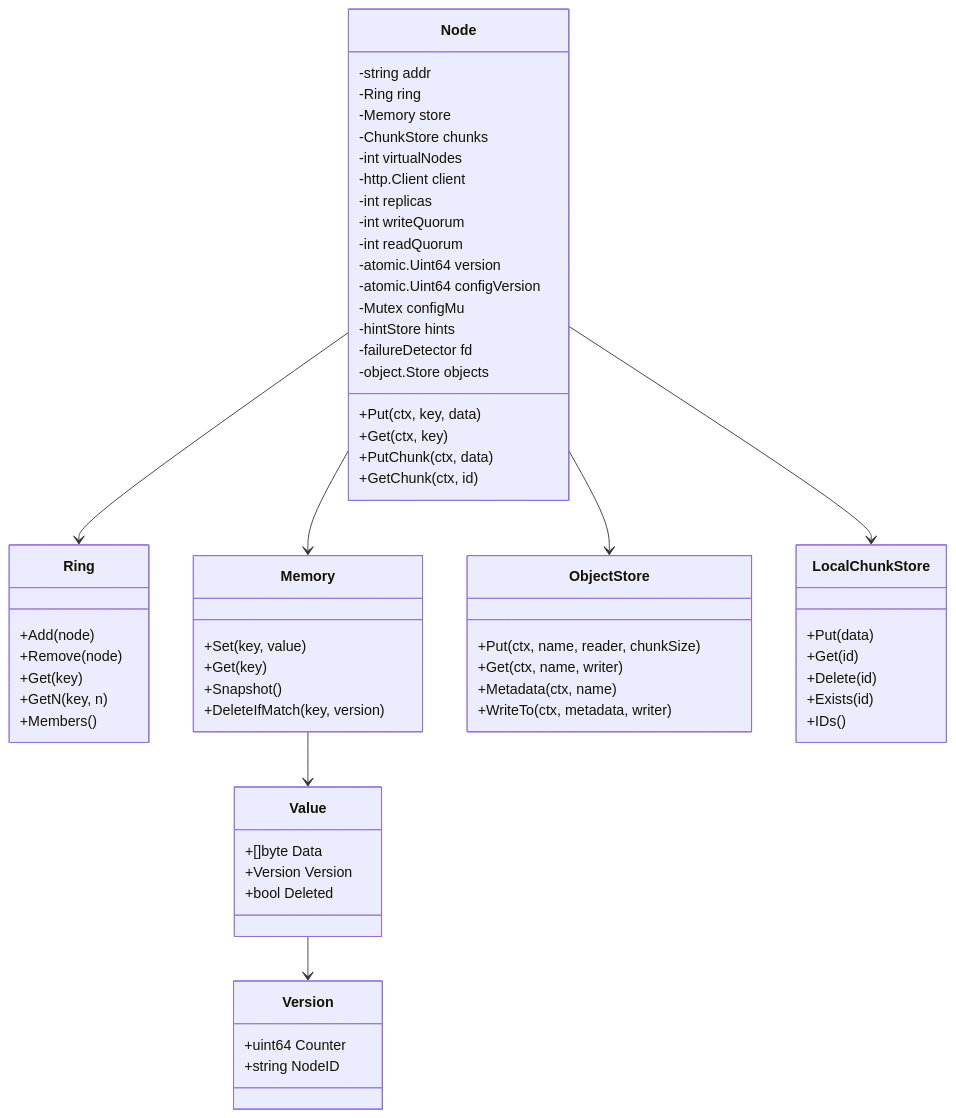
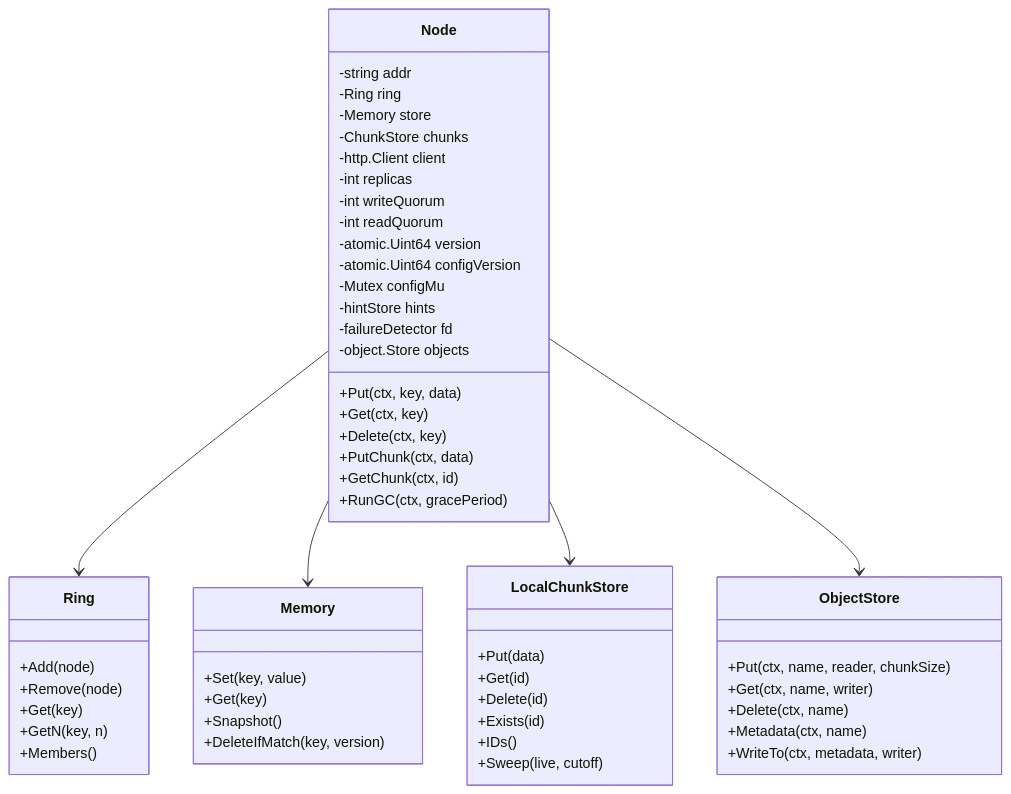
The second of 5 diagrams in ARCHITECTURE.md (huanzichen00/minidist), drawn with Mermaid before and after one commit. The commit also changed other lines of this file and 1 other file, not shown here.

````diff
--- a/ARCHITECTURE.md
+++ b/ARCHITECTURE.md
@@ -109,72 +116,63 @@
-```mermaid
+~~~mermaid
 classDiagram
     class Node {
       -string addr
       -Ring ring
       -Memory store
       -ChunkStore chunks
-      -int virtualNodes
       -http.Client client
       -int replicas
       -int writeQuorum
       -int readQuorum
       -atomic.Uint64 version
       -atomic.Uint64 configVersion
       -Mutex configMu
       -hintStore hints
       -failureDetector fd
       -object.Store objects
+
       +Put(ctx, key, data)
       +Get(ctx, key)
+      +Delete(ctx, key)
       +PutChunk(ctx, data)
       +GetChunk(ctx, id)
+      +RunGC(ctx, gracePeriod)
     }
 
     class Ring {
       +Add(node)
       +Remove(node)
       +Get(key)
       +GetN(key, n)
       +Members()
     }
 
     class Memory {
       +Set(key, value)
       +Get(key)
       +Snapshot()
       +DeleteIfMatch(key, version)
     }
 
-    class ObjectStore {
-      +Put(ctx, name, reader, chunkSize)
-      +Get(ctx, name, writer)
-      +Metadata(ctx, name)
-      +WriteTo(ctx, metadata, writer)
-    }
-
     class LocalChunkStore {
       +Put(data)
       +Get(id)
       +Delete(id)
       +Exists(id)
       +IDs()
+      +Sweep(live, cutoff)
     }
 
-    class Value {
-      +[]byte Data
-      +Version Version
-      +bool Deleted
-    }
-
-    class Version {
-      +uint64 Counter
-      +string NodeID
+    class ObjectStore {
+      +Put(ctx, name, reader, chunkSize)
+      +Get(ctx, name, writer)
+      +Delete(ctx, name)
+      +Metadata(ctx, name)
+      +WriteTo(ctx, metadata, writer)
     }
 
     Node --> Ring
     Node --> Memory
     Node --> LocalChunkStore
     Node --> ObjectStore
-    Memory --> Value
-    Value --> Version
-```
+~~~
````
